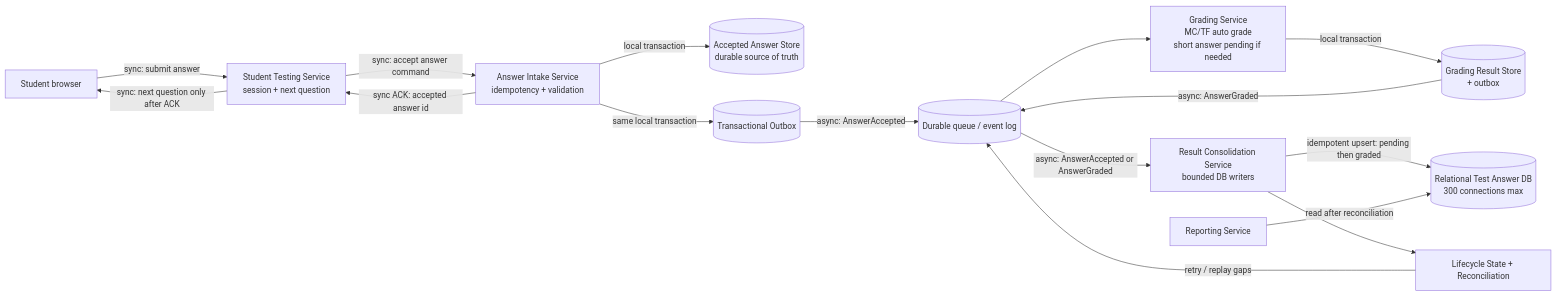
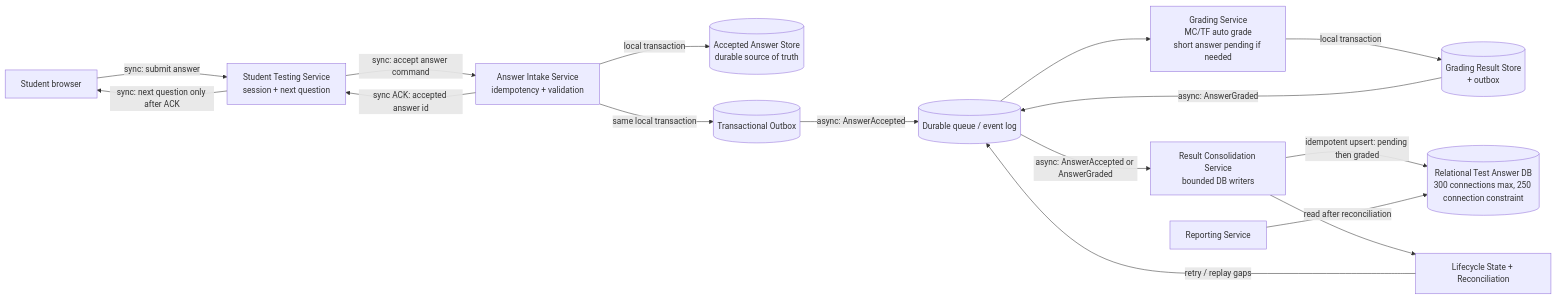
The first of 3 diagrams in make-the-grade-week4-transactions-sagas.md (datanerd-nate/software-architect-course), drawn with Mermaid before and after one commit. The commit also changed other lines of this file, not shown here.

````diff
--- a/make-the-grade-week4-transactions-sagas.md
+++ b/make-the-grade-week4-transactions-sagas.md
@@ -5,32 +5,32 @@
 ```mermaid
 flowchart LR
   Student[Student browser]
   Testing[Student Testing Service<br/>session + next question]
   Intake[Answer Intake Service<br/>idempotency + validation]
   Accepted[(Accepted Answer Store<br/>durable source of truth)]
   Outbox[(Transactional Outbox)]
   Queue[(Durable queue / event log)]
   Grading[Grading Service<br/>MC/TF auto grade<br/>short answer pending if needed]
   GradeStore[(Grading Result Store<br/>+ outbox)]
   Consolidation[Result Consolidation Service<br/>bounded DB writers]
-  FinalDB[(Relational Test Answer DB<br/>300 connections max)]
+  FinalDB[(Relational Test Answer DB<br/>300 connections max, 250 connection constraint)]
   Reconcile[Lifecycle State + Reconciliation]
   Reporting[Reporting Service]
 
   Student -->|sync: submit answer| Testing
   Testing -->|sync: accept answer command| Intake
   Intake -->|local transaction| Accepted
   Intake -->|same local transaction| Outbox
   Intake -->|sync ACK: accepted answer id| Testing
   Testing -->|sync: next question only after ACK| Student
 
   Outbox -->|async: AnswerAccepted| Queue
   Queue --> Grading
   Grading -->|local transaction| GradeStore
   GradeStore -->|async: AnswerGraded| Queue
   Queue -->|async: AnswerAccepted or AnswerGraded| Consolidation
   Consolidation -->|idempotent upsert: pending then graded| FinalDB
   Consolidation --> Reconcile
   Reconcile -->|retry / replay gaps| Queue
   Reporting -->|read after reconciliation| FinalDB
 ```
````
